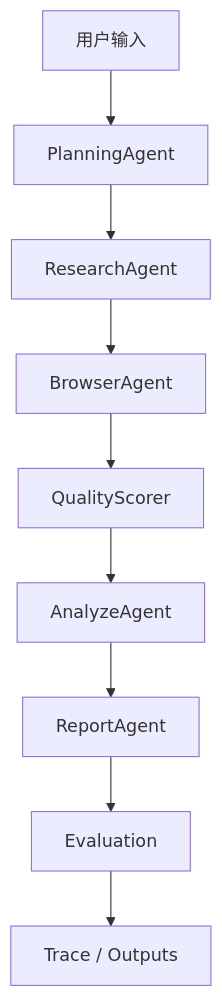
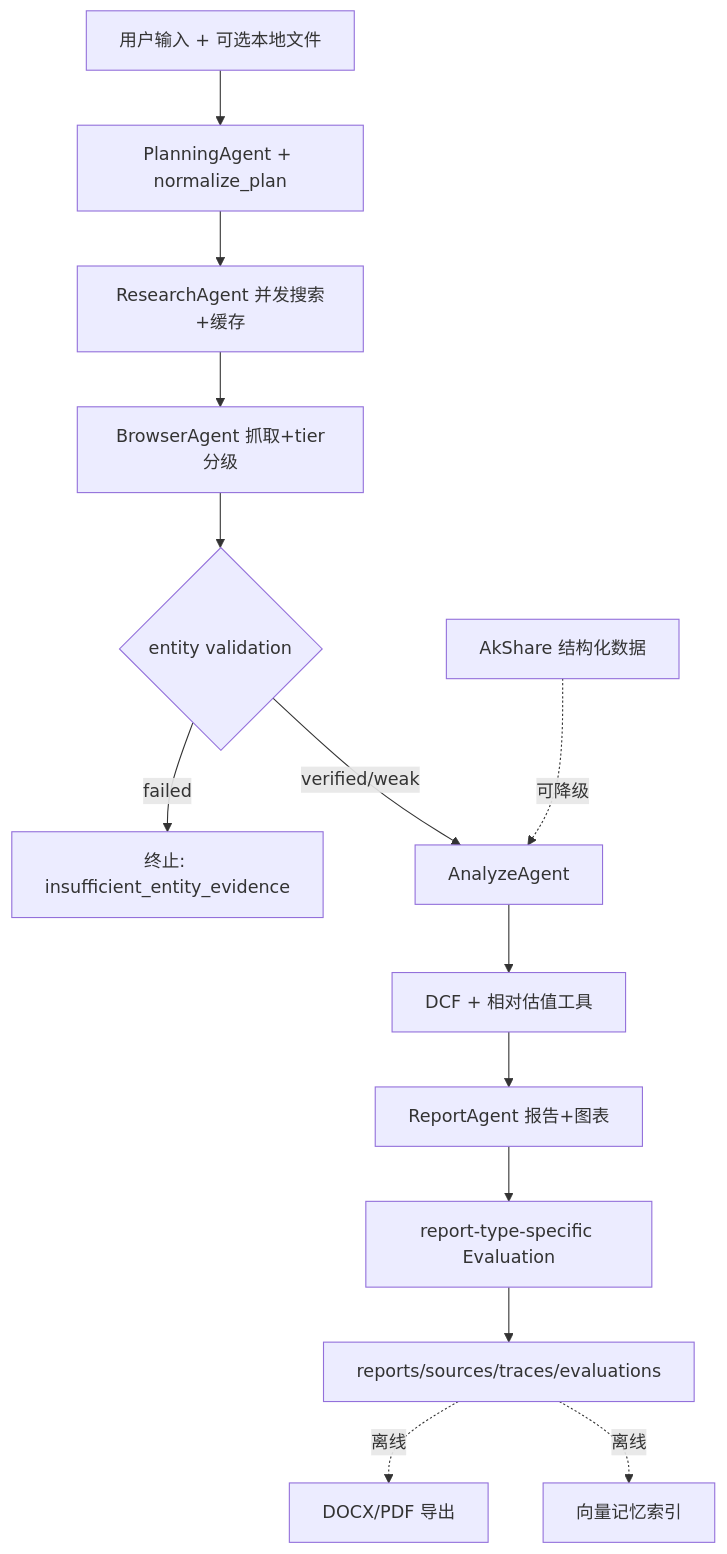
One commit to Micky0715/financial_research_agent-v1 changed the diagram in README.md. Above: the diagram before and after it, drawn with Mermaid. The commit also changed other lines of this file and 12 other files, not shown here.

````diff
--- a/README.md
+++ b/README.md
@@ -74,11 +13,16 @@
 ```mermaid
 flowchart TD
-    U[用户输入] --> PA[PlanningAgent]
-    PA --> RA[ResearchAgent]
-    RA --> BA[BrowserAgent]
-    BA --> QS[QualityScorer]
-    QS --> AA[AnalyzeAgent]
-    AA --> RPA[ReportAgent]
-    RPA --> EV[Evaluation]
-    EV --> TR["Trace / Outputs"]
+    U[用户输入 + 可选本地文件] --> PA[PlanningAgent + normalize_plan]
+    PA --> RA[ResearchAgent 并发搜索+缓存]
+    RA --> BA[BrowserAgent 抓取+tier分级]
+    BA --> EV2{entity validation}
+    EV2 -- failed --> ABORT[终止: insufficient_entity_evidence]
+    EV2 -- verified/weak --> AA[AnalyzeAgent]
+    AK[AkShare 结构化数据] -.可降级.-> AA
+    AA --> DCF[DCF + 相对估值工具]
+    DCF --> RPA[ReportAgent 报告+图表]
+    RPA --> QE[report-type-specific Evaluation]
+    QE --> OUT[reports/sources/traces/evaluations]
+    OUT -.离线.-> EXP[DOCX/PDF 导出]
+    OUT -.离线.-> MEM[向量记忆索引]
 ```
````
